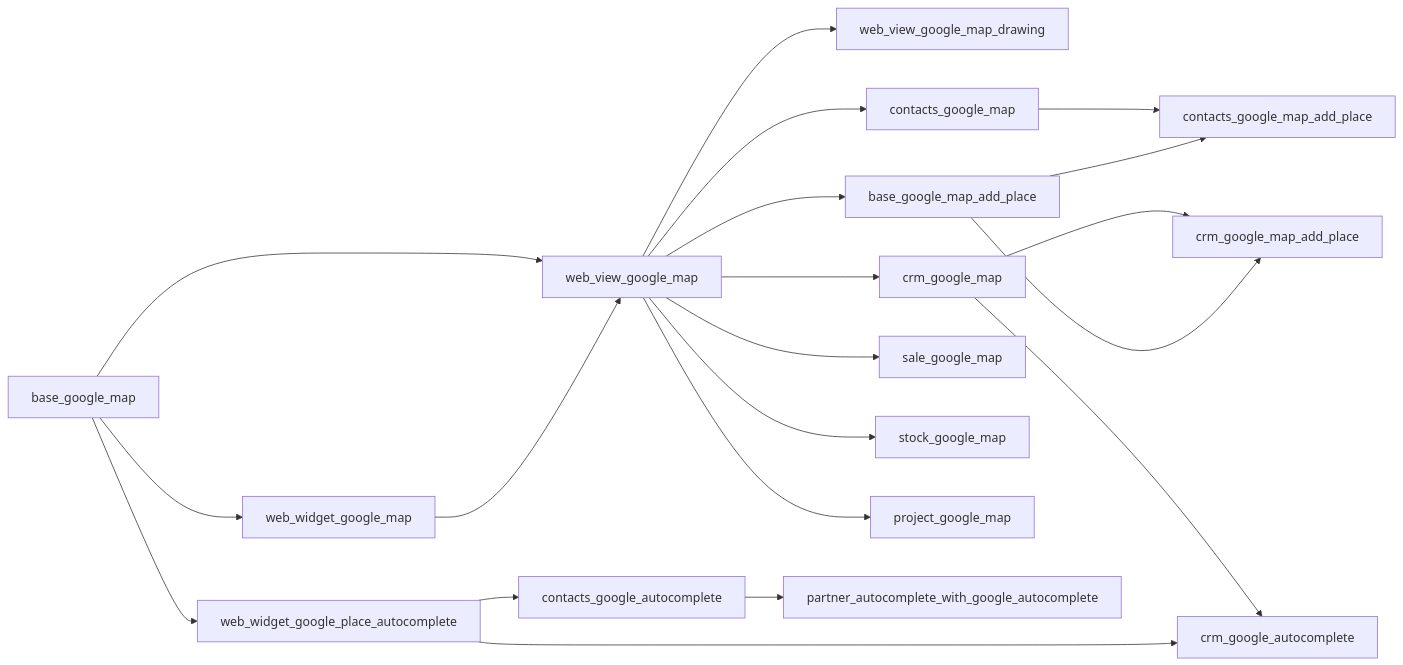
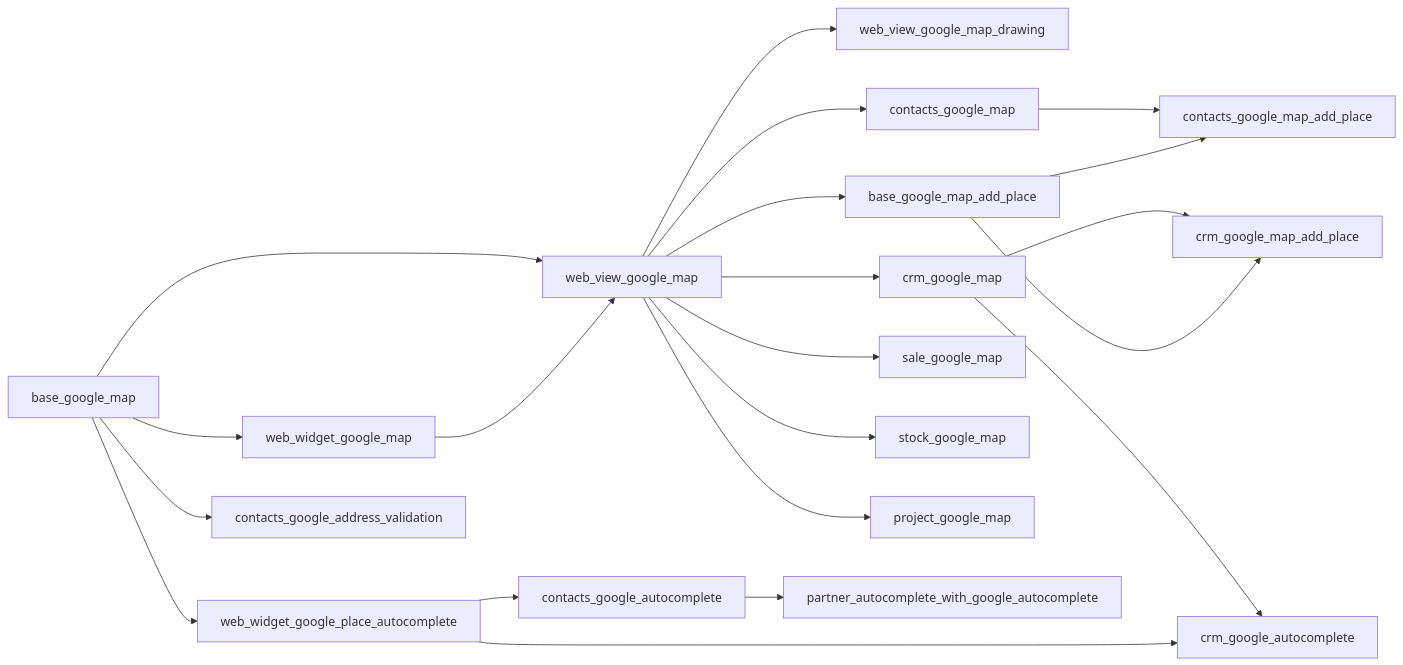
One commit to mithnusa/odoo-google-maps changed the diagram in README.md. Above: the diagram before and after it, drawn with Mermaid. The commit also changed other lines of this file and 18 other files, not shown here.

First line of the commit message:
[ADD] contacts_google_address_validation: new module — validate and standardize Contact addresses via Google Address Validation API (v19.0.2.0.0) (#182)

````diff
--- a/README.md
+++ b/README.md
@@ -55,29 +56,31 @@
 ```mermaid
 graph LR
     base_google_map --> web_widget_google_map
     base_google_map --> web_widget_google_place_autocomplete
 
     web_widget_google_map --> web_view_google_map
     base_google_map --> web_view_google_map
 
     web_view_google_map --> web_view_google_map_drawing
     web_view_google_map --> base_google_map_add_place
     web_view_google_map --> contacts_google_map
     web_view_google_map --> crm_google_map
     web_view_google_map --> sale_google_map
     web_view_google_map --> stock_google_map
     web_view_google_map --> project_google_map
 
     web_widget_google_place_autocomplete --> contacts_google_autocomplete
     web_widget_google_place_autocomplete --> crm_google_autocomplete
 
     crm_google_map --> crm_google_autocomplete
 
     contacts_google_autocomplete --> partner_autocomplete_with_google_autocomplete
 
     base_google_map_add_place --> contacts_google_map_add_place
     base_google_map_add_place --> crm_google_map_add_place
 
     contacts_google_map --> contacts_google_map_add_place
     crm_google_map --> crm_google_map_add_place
+
+    base_google_map --> contacts_google_address_validation
 ```
````
